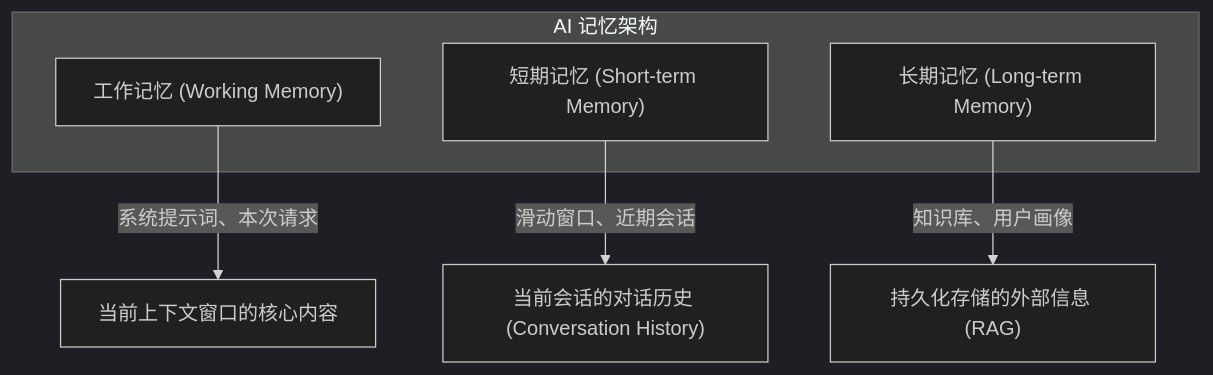
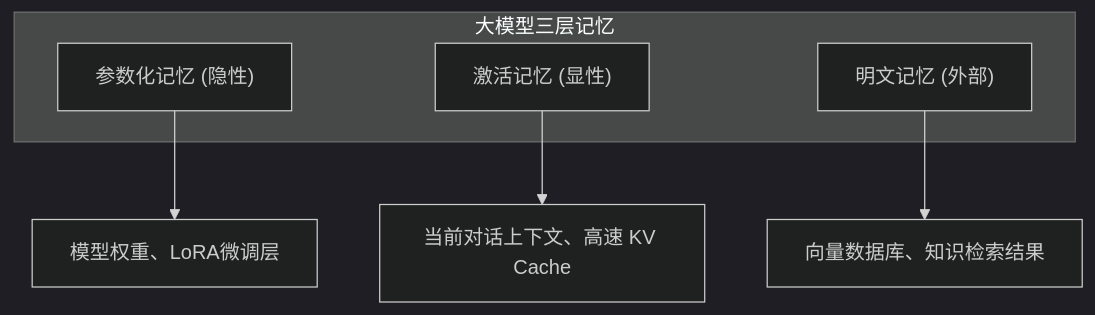
Before and after one commit to yeasy/context_engineering_guide: the diagram in 04_write/4.2_memory_architecture.md, drawn with Mermaid (dark theme). The commit also changed other lines of this file and 8 other files, not shown here.

````diff
--- a/04_write/4.2_memory_architecture.md
+++ b/04_write/4.2_memory_architecture.md
@@ -16,12 +22,12 @@
 ```mermaid
 graph TB
-    subgraph "AI 记忆架构"
-        A["工作记忆 (Working Memory)"]
-        B["短期记忆 (Short-term Memory)"]
-        C["长期记忆 (Long-term Memory)"]
+    subgraph "大模型三层记忆"
+        A["参数化记忆 (隐性)"]
+        B["激活记忆 (显性)"]
+        C["明文记忆 (外部)"]
     end
     
-    A -->|"系统提示词、本次请求"| A1["当前上下文窗口的核心内容"]
-    B -->|"滑动窗口、近期会话"| B1["当前会话的对话历史 (Conversation History)"]
-    C -->|"知识库、用户画像"| C1["持久化存储的外部信息 (RAG)"]
+    A --> A1["模型权重、LoRA微调层"]
+    B --> B1["当前对话上下文、高速 KV Cache"]
+    C --> C1["向量数据库、知识检索结果"]
 ```
````
